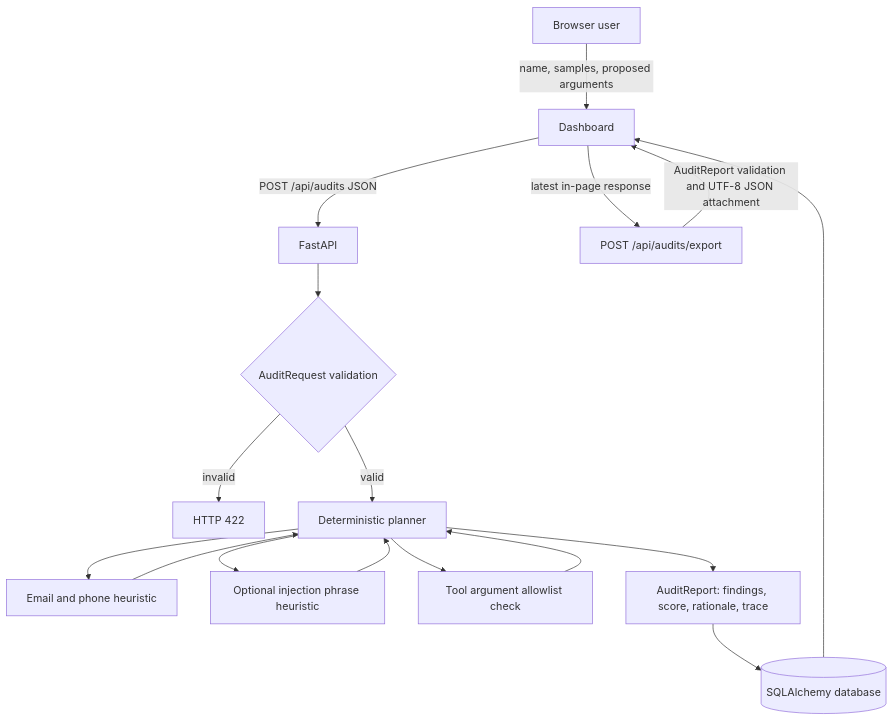
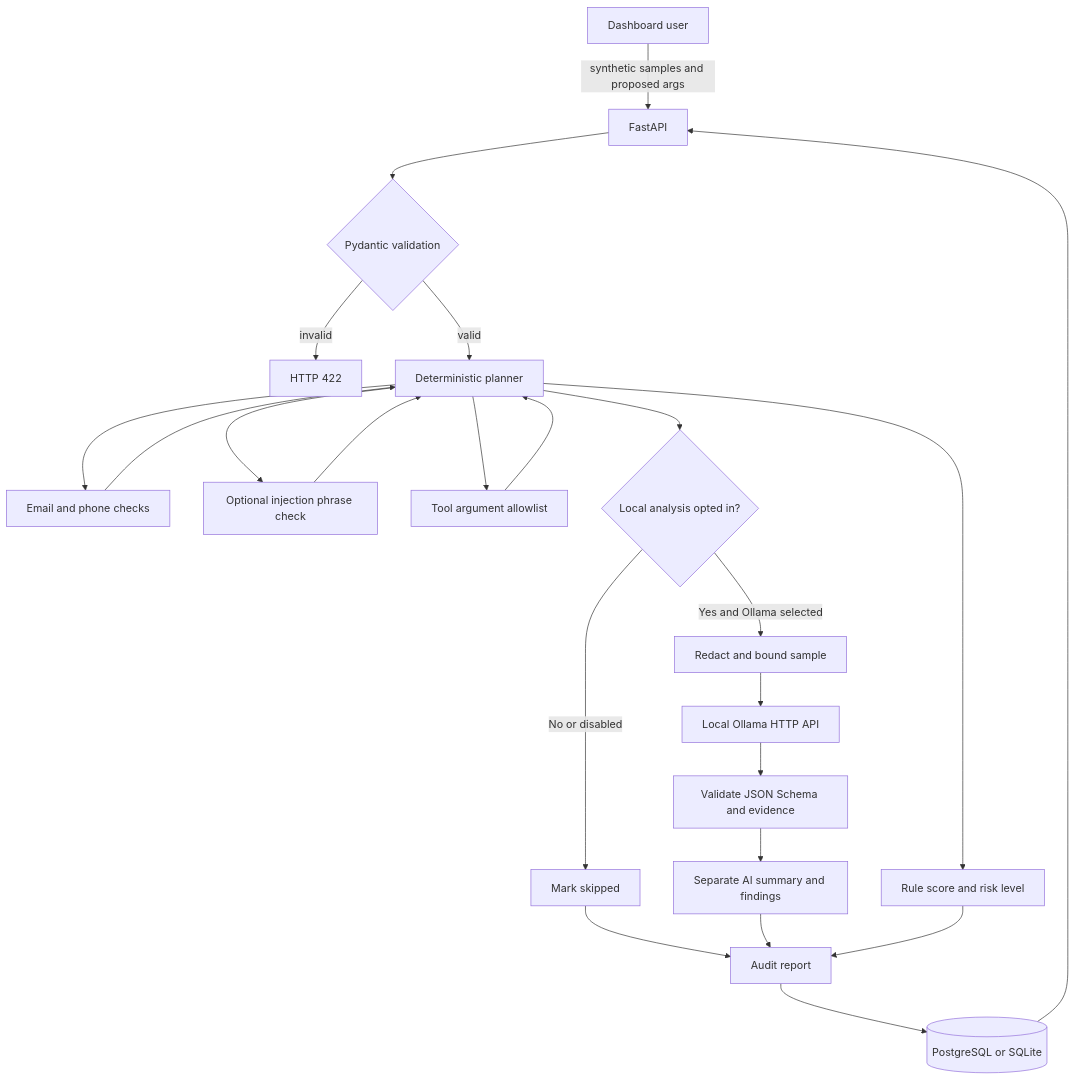
One commit to Nanduposina/trustworthy-ai-agent-privacy-audit changed the diagram in docs/architecture.md. Above: the diagram before and after it, drawn with Mermaid. The commit also changed other lines of this file and 20 other files, not shown here.

Commit message:
Add local Ollama analysis and privacy controls

````diff
--- a/docs/architecture.md
+++ b/docs/architecture.md
@@ -22,19 +24,25 @@
 ```mermaid
 flowchart TD
-    U[Browser user] -->|name, samples, proposed arguments| D[Dashboard]
-    D -->|POST /api/audits JSON| A[FastAPI]
-    A --> V{AuditRequest validation}
+    U[Dashboard user] -->|synthetic samples and proposed args| A[FastAPI]
+    A --> V{Pydantic validation}
     V -->|invalid| X[HTTP 422]
     V -->|valid| P[Deterministic planner]
-    P --> S[Email and phone heuristic]
-    P --> I[Optional injection phrase heuristic]
-    P --> T[Tool argument allowlist check]
-    S --> P
+    P --> E[Email and phone checks]
+    P --> I[Optional injection phrase check]
+    P --> T[Tool argument allowlist]
+    E --> P
     I --> P
     T --> P
-    P --> R[AuditReport: findings, score, rationale, trace]
-    R --> DB[(SQLAlchemy database)]
-    DB --> D
-    D -->|latest in-page response| E[POST /api/audits/export]
-    E -->|AuditReport validation and UTF-8 JSON attachment| D
+    P --> O{Local analysis opted in?}
+    O -->|No or disabled| S[Mark skipped]
+    O -->|Yes and Ollama selected| R[Redact and bound sample]
+    R --> H[Local Ollama HTTP API]
+    H --> J[Validate JSON Schema and evidence]
+    J --> AI[Separate AI summary and findings]
+    P --> Q[Rule score and risk level]
+    S --> Z[Audit report]
+    AI --> Z
+    Q --> Z
+    Z --> DB[(PostgreSQL or SQLite)]
+    DB --> A
 ```
````
